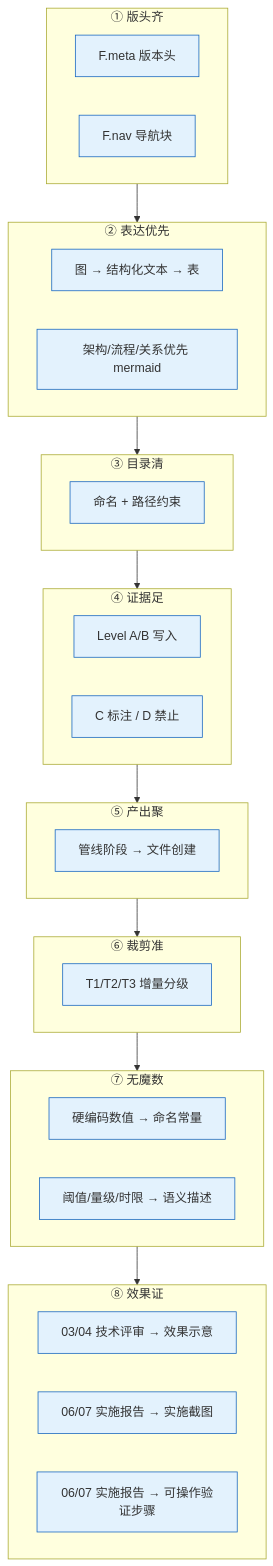
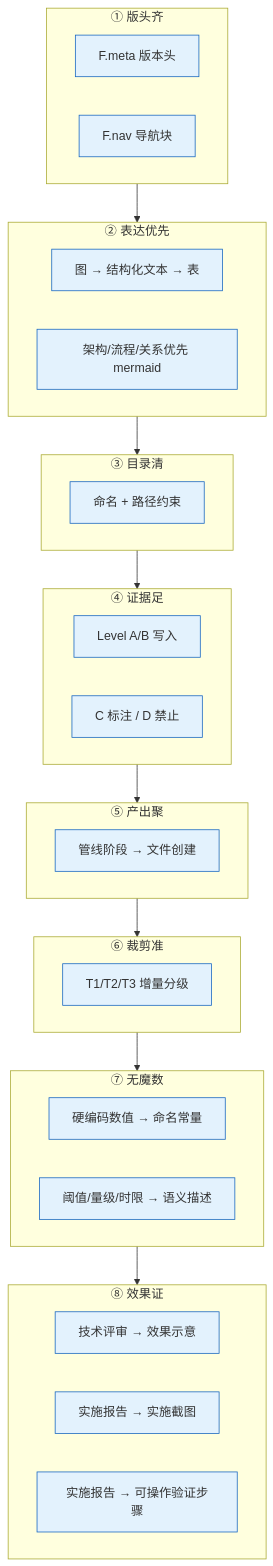
Before and after one commit to effiy/YrY: the first of 11 diagrams in rules/doc-generation.md, drawn with Mermaid. The commit also changed other lines of this file and 90 other files, not shown here.

````diff
--- a/rules/doc-generation.md
+++ b/rules/doc-generation.md
@@ -15,37 +15,37 @@
 ```mermaid
 flowchart TB
     subgraph C1["① 版头齐"]
         H1["F.meta 版本头"]:::c
         H2["F.nav 导航块"]:::c
     end
     subgraph C2["② 表达优先"]
         G1["图 → 结构化文本 → 表"]:::c
         G2["架构/流程/关系优先 mermaid"]:::c
     end
     subgraph C3["③ 目录清"]
         D1["命名 + 路径约束"]:::c
     end
     subgraph C4["④ 证据足"]
         E1["Level A/B 写入"]:::c
         E2["C 标注 / D 禁止"]:::c
     end
     subgraph C5["⑤ 产出聚"]
         O1["管线阶段 → 文件创建"]:::c
     end
     subgraph C6["⑥ 裁剪准"]
         T1["T1/T2/T3 增量分级"]:::c
     end
     subgraph C7["⑦ 无魔数"]
         N1["硬编码数值 → 命名常量"]:::c
         N2["阈值/量级/时限 → 语义描述"]:::c
     end
     subgraph C8["⑧ 效果证"]
-        V1["03/04 技术评审 → 效果示意"]:::c
-        V2["06/07 实施报告 → 实施截图"]:::c
-        V3["06/07 实施报告 → 可操作验证步骤"]:::c
+        V1["技术评审 → 效果示意"]:::c
+        V2["实施报告 → 实施截图"]:::c
+        V3["实施报告 → 可操作验证步骤"]:::c
     end
 
     C1 --> C2 --> C3 --> C4 --> C5 --> C6 --> C7 --> C8
 
     classDef c fill:#e3f2fd,stroke:#1565c0;
 ```
````
